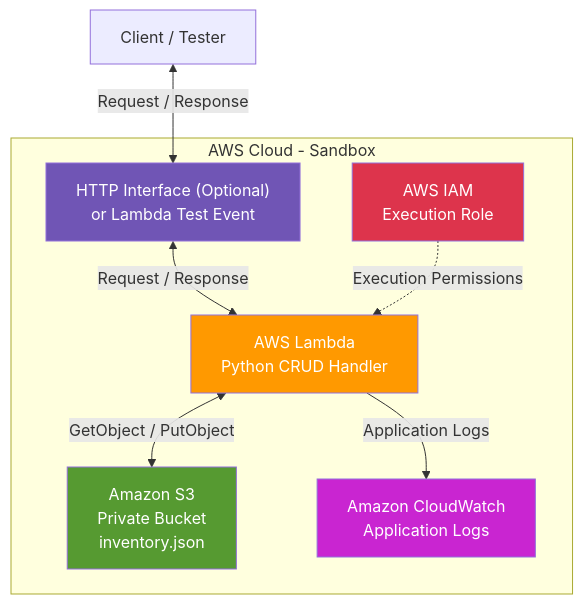
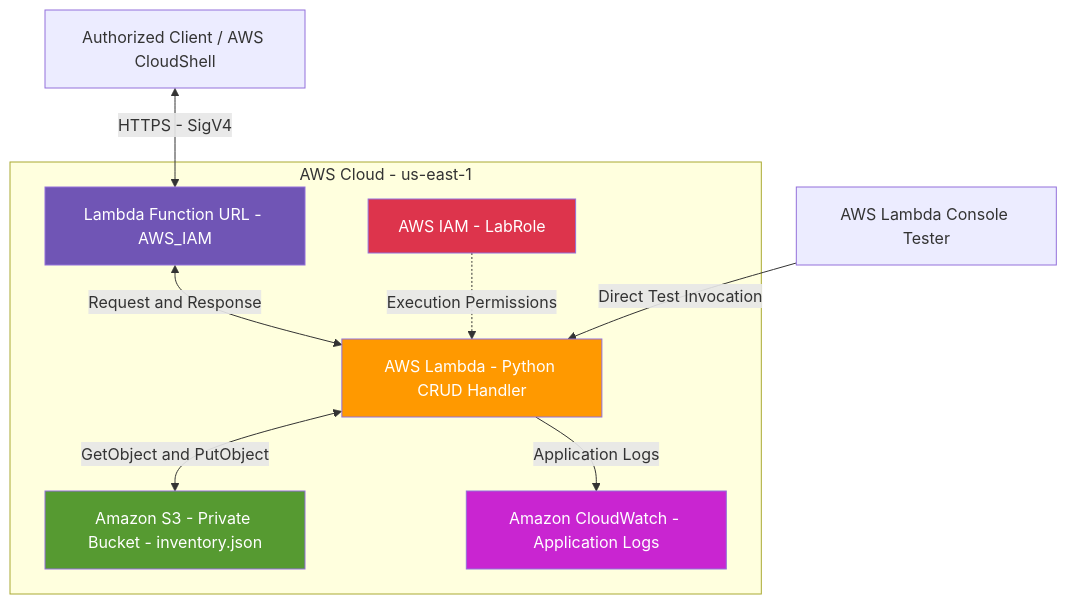
The diagram in README.md (aurelia-mutiah/labinventory-cloud), drawn with Mermaid before and after one commit. The commit also changed other lines of this file and 5 other files, not shown here.

Commit message:
docs: finalize AWS architecture, deployment and testing evidence

````diff
--- a/README.md
+++ b/README.md
@@ -129,25 +250,27 @@
 ```mermaid
 flowchart TD
-    Client["Client / Tester"]
+    Client["Authorized Client / AWS CloudShell"]
+    Tester["AWS Lambda Console Tester"]
 
-    subgraph AWS["AWS Cloud - Sandbox"]
-        Access["HTTP Interface (Optional)<br/>or Lambda Test Event"]
-        Lambda["AWS Lambda<br/>Python CRUD Handler"]
-        S3["Amazon S3<br/>Private Bucket<br/>inventory.json"]
-        IAM["AWS IAM<br/>Execution Role"]
-        CW["Amazon CloudWatch<br/>Application Logs"]
+    subgraph AWS["AWS Cloud - us-east-1"]
+        URL["Lambda Function URL - AWS_IAM"]
+        Lambda["AWS Lambda - Python CRUD Handler"]
+        S3["Amazon S3 - Private Bucket - inventory.json"]
+        IAM["AWS IAM - LabRole"]
+        CW["Amazon CloudWatch - Application Logs"]
 
-        Access <-->|Request / Response| Lambda
-        Lambda <-->|GetObject / PutObject| S3
+        URL <-->|Request and Response| Lambda
+        Lambda <-->|GetObject and PutObject| S3
         IAM -.->|Execution Permissions| Lambda
         Lambda -->|Application Logs| CW
     end
 
-    Client <-->|Request / Response| Access
+    Client <-->|HTTPS - SigV4| URL
+    Tester -->|Direct Test Invocation| Lambda
 
     style Lambda fill:#FF9900,color:#ffffff
     style S3 fill:#569A31,color:#ffffff
     style IAM fill:#DD344C,color:#ffffff
     style CW fill:#C925D1,color:#ffffff
-    style Access fill:#7055B5,color:#ffffff
+    style URL fill:#7055B5,color:#ffffff
 ```
````
